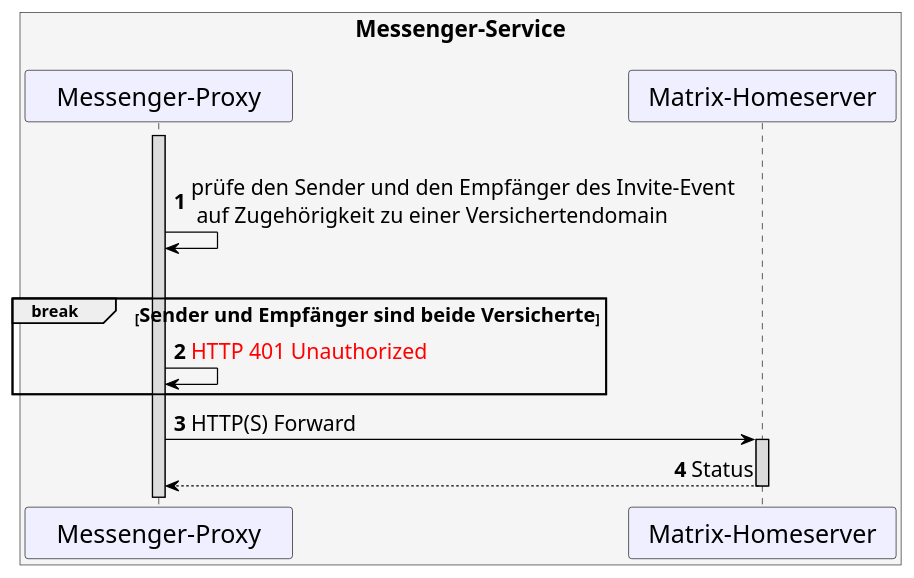
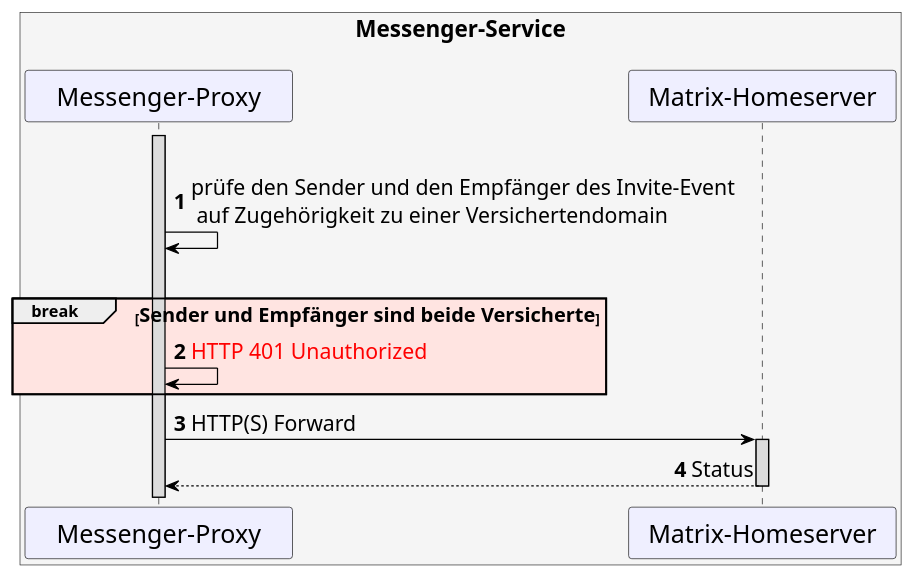
One commit to gematik/api-ti-messenger changed the diagram in src/plantuml/ePA_FDV/UC_10233_Seq.puml. Above: the diagram before and after it, drawn with PlantUML. The commit also changed 3 other files, not shown here.

```diff
--- a/src/plantuml/ePA_FDV/UC_10233_Seq.puml
+++ b/src/plantuml/ePA_FDV/UC_10233_Seq.puml
@@ -9,49 +9,49 @@
 @startuml
 skinparam sequenceMessageAlign direction
 skinparam minClassWidth 200
 skinparam BoxPadding 1
 skinparam sequenceReferenceHeaderBackgroundColor palegreen
 scale max 2048 width
 
 skinparam sequence {
 ArrowColor black
 ArrowFontSize 17
 ActorBorderColor black
 LifeLineBorderColor black
 LifeLineBackgroundColor Gainsboro
 
 ParticipantBorderColor Motivation
 ParticipantBackgroundColor Motivation
 ParticipantFontSize 20
 ParticipantFontColor black
 ParticipantBorderColor Black
 ParticipantBackgroundColor MOTIVATION
 
 ActorBackgroundColor Gainsboro
 ActorFontColor black
 ActorFontSize 20
 
 }
 
 autonumber
 
     box <size:18>Messenger-Service\n#WhiteSmoke
     participant MP as "Messenger-Proxy"
     participant MH as "Matrix-Homeserver"
     end box
 
 
 |||
 Activate MP
 MP->MP: prüfe den Sender und den Empfänger des Invite-Event\n auf Zugehörigkeit zu einer Versichertendomain 
 |||
-break <size:16>Sender und Empfänger sind beide Versicherte</size> 
+break #MistyRose <size:16>Sender und Empfänger sind beide Versicherte</size> 
 MP->MP: <font color=red>HTTP 401 Unauthorized</font>
 end
 
 MP->MH: HTTP(S) Forward
 Activate MH
 MH-->MP: Status
 Deactivate MH
 
 @enduml
```
